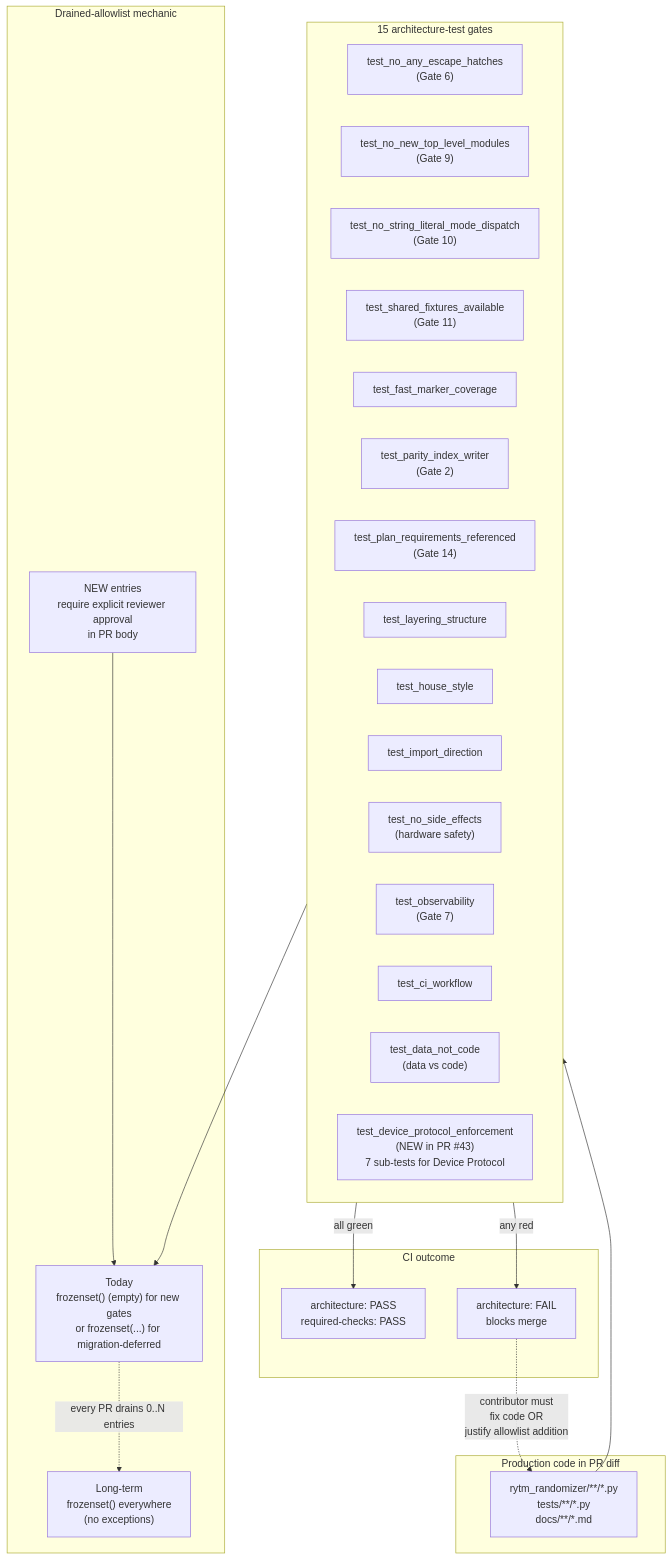
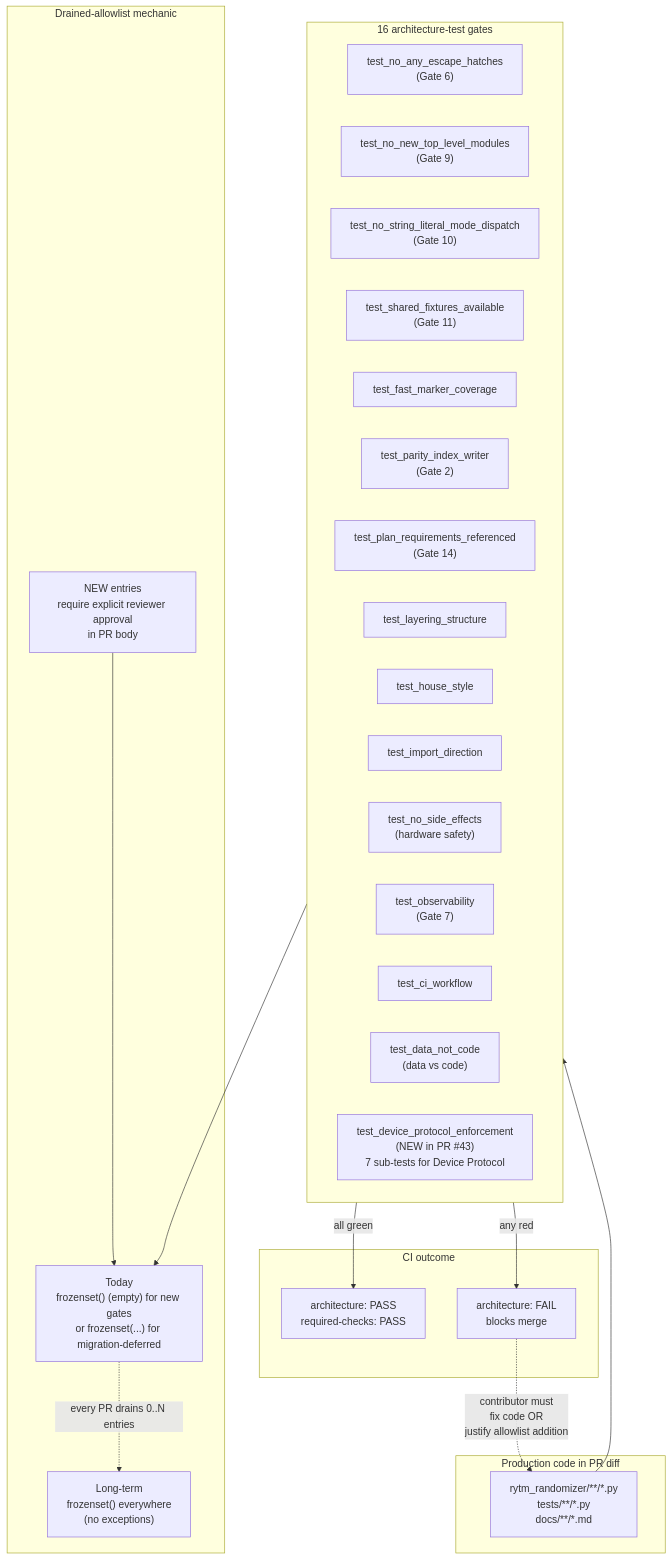
The tenth of 26 diagrams in docs/ARCHITECTURE_DIAGRAMS.md (buzzijose-hub/RytmRandomizer), drawn with Mermaid before and after one commit. The commit also changed other lines of this file and 5 other files, not shown here.

````diff
--- a/docs/ARCHITECTURE_DIAGRAMS.md
+++ b/docs/ARCHITECTURE_DIAGRAMS.md
@@ -665,44 +665,44 @@
 ```mermaid
 flowchart TB
     subgraph Production["Production code in PR diff"]
         SourceFiles["rytm_randomizer/**/*.py<br/>tests/**/*.py<br/>docs/**/*.md"]
     end
 
-    subgraph Gates["15 architecture-test gates"]
+    subgraph Gates["16 architecture-test gates"]
         Gate1["test_no_any_escape_hatches<br/>(Gate 6)"]
         Gate2["test_no_new_top_level_modules<br/>(Gate 9)"]
         Gate3["test_no_string_literal_mode_dispatch<br/>(Gate 10)"]
         Gate4["test_shared_fixtures_available<br/>(Gate 11)"]
         Gate5["test_fast_marker_coverage"]
         Gate6["test_parity_index_writer<br/>(Gate 2)"]
         Gate7["test_plan_requirements_referenced<br/>(Gate 14)"]
         Gate8["test_layering_structure"]
         Gate9["test_house_style"]
         Gate10["test_import_direction"]
         Gate11["test_no_side_effects<br/>(hardware safety)"]
         Gate12["test_observability<br/>(Gate 7)"]
         Gate13["test_ci_workflow"]
         Gate14["test_data_not_code<br/>(data vs code)"]
         Gate15["test_device_protocol_enforcement<br/>(NEW in PR #43)<br/>7 sub-tests for Device Protocol"]
     end
 
     subgraph Allowlists["Drained-allowlist mechanic"]
         AL_today["Today<br/>frozenset() (empty) for new gates<br/>or frozenset(...) for migration-deferred"]
         AL_future["Long-term<br/>frozenset() everywhere<br/>(no exceptions)"]
         AL_new["NEW entries<br/>require explicit reviewer approval<br/>in PR body"]
     end
 
     subgraph Outcome["CI outcome"]
         Pass["architecture: PASS<br/>required-checks: PASS"]
         Fail["architecture: FAIL<br/>blocks merge"]
     end
 
     SourceFiles --> Gates
     Gates --> AL_today
     AL_today -.->|"every PR drains 0..N entries"| AL_future
     AL_new --> AL_today
 
     Gates -->|"all green"| Pass
     Gates -->|"any red"| Fail
     Fail -.->|"contributor must<br/>fix code OR<br/>justify allowlist addition"| SourceFiles
 ```
````
